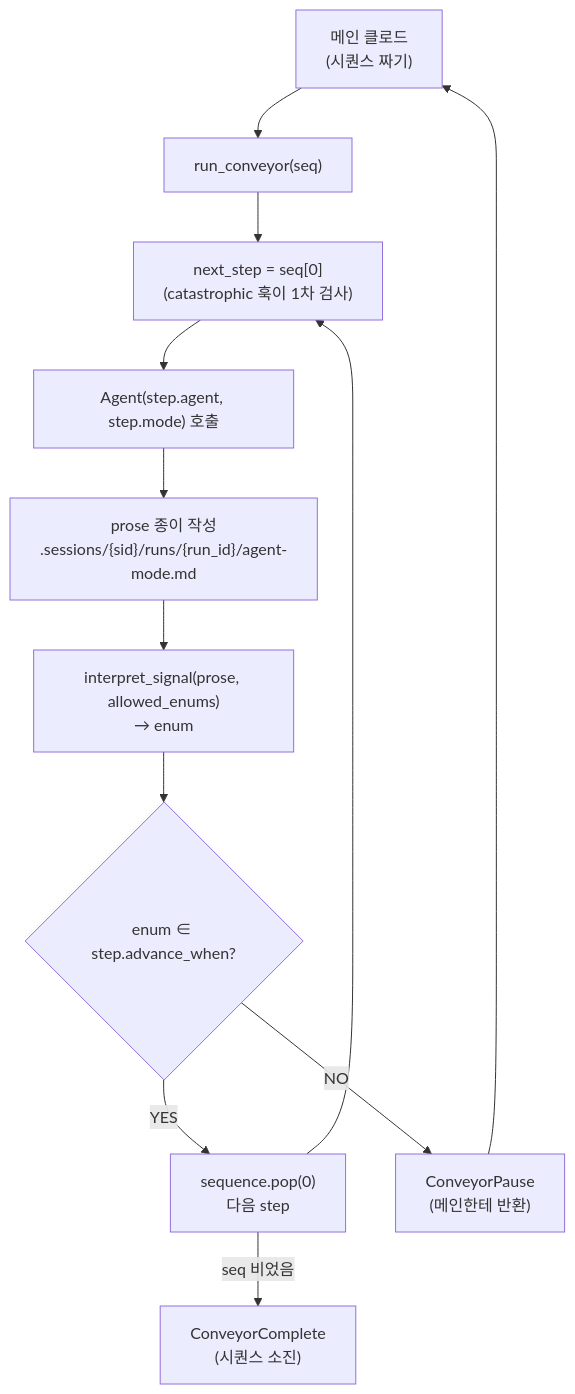
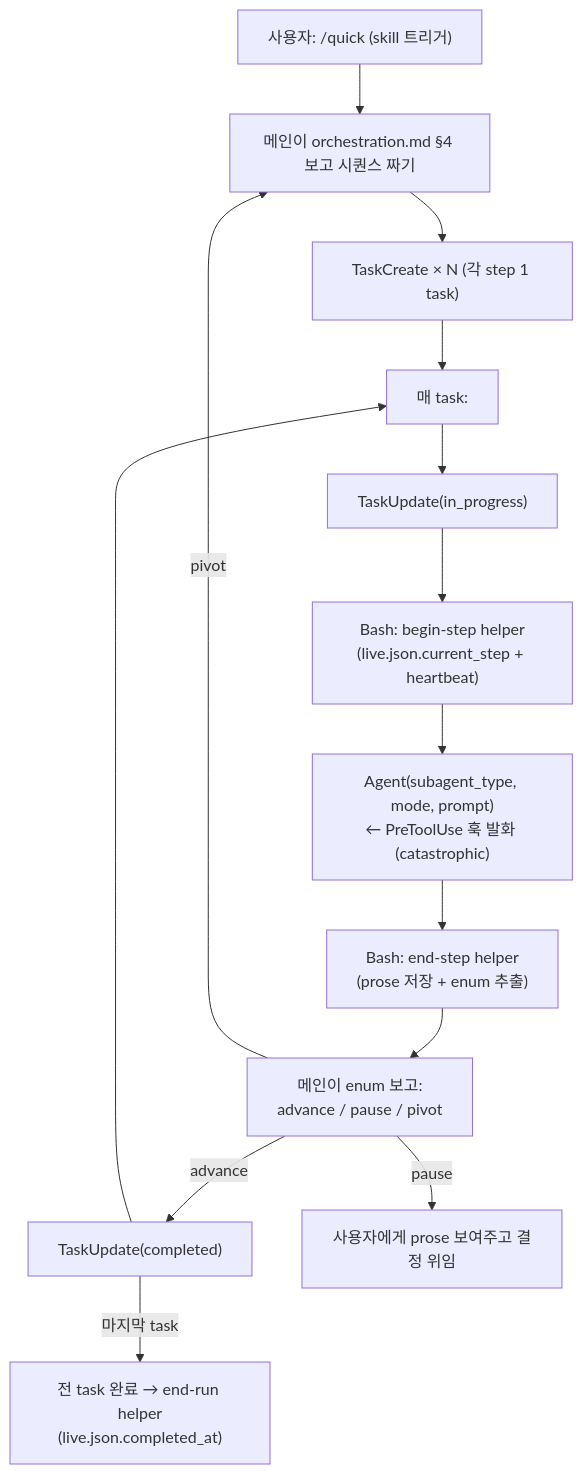
One commit to alruminum/dcNess changed the diagram in docs/conveyor-design.md. Above: the diagram before and after it, drawn with Mermaid. The commit also changed other lines of this file and 2 other files, not shown here.

First line of the commit message:
docs: conveyor-design.md rewrite — Task tool + Agent + helper + 훅 패턴 (DCN-CHG-20260429-32)

````diff
--- a/docs/conveyor-design.md
+++ b/docs/conveyor-design.md
@@ -68,25 +84,21 @@
 ```mermaid
 flowchart TD
-    main["메인 클로드<br/>(시퀀스 짜기)"]
-    conv["run_conveyor(seq)"]
-    step["next_step = seq[0]<br/>(catastrophic 훅이 1차 검사)"]
-    invoke["Agent(step.agent, step.mode) 호출"]
-    prose["prose 종이 작성<br/>.sessions/{sid}/runs/{run_id}/agent-mode.md"]
-    interp["interpret_signal(prose, allowed_enums)<br/>→ enum"]
-    check{"enum ∈ step.advance_when?"}
-    pop["sequence.pop(0)<br/>다음 step"]
-    pause["ConveyorPause<br/>(메인한테 반환)"]
-    done["ConveyorComplete<br/>(시퀀스 소진)"]
+    skill["사용자: /quick (skill 트리거)"]
+    plan["메인이 orchestration.md §4 보고 시퀀스 짜기"]
+    create["TaskCreate × N (각 step 1 task)"]
+    loop["매 task:"]
+    step1["TaskUpdate(in_progress)"]
+    step2["Bash: begin-step helper<br/>(live.json.current_step + heartbeat)"]
+    step3["Agent(subagent_type, mode, prompt)<br/>← PreToolUse 훅 발화 (catastrophic)"]
+    step4["Bash: end-step helper<br/>(prose 저장 + enum 추출)"]
+    step5["메인이 enum 보고:<br/>advance / pause / pivot"]
+    step6["TaskUpdate(completed)"]
+    end_run["전 task 완료 → end-run helper<br/>(live.json.completed_at)"]
 
-    main --> conv
-    conv --> step
-    step --> invoke
-    invoke --> prose
-    prose --> interp
-    interp --> check
-    check -->|YES| pop
-    pop --> step
-    check -->|NO| pause
-    pop -->|seq 비었음| done
-    pause --> main
+    skill --> plan --> create --> loop
+    loop --> step1 --> step2 --> step3 --> step4 --> step5
+    step5 -->|advance| step6 --> loop
+    step5 -->|pause| user["사용자에게 prose 보여주고 결정 위임"]
+    step5 -->|pivot| plan
+    step6 -->|마지막 task| end_run
 ```
````
